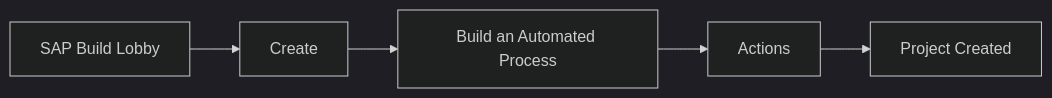
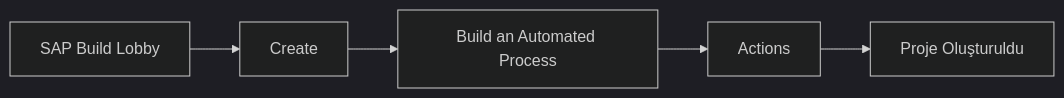
The third of 7 diagrams in Technical Tutorials/BTP/TR/chapters/09-first-joule-skill.md (beyhanmeyrali/sap-all), drawn with Mermaid (dark theme) before and after one commit. The commit also changed other lines of this file and 11 other files, not shown here.

````diff
--- a/Technical Tutorials/BTP/TR/chapters/09-first-joule-skill.md
+++ b/Technical Tutorials/BTP/TR/chapters/09-first-joule-skill.md
@@ -145,7 +145,7 @@
 ```mermaid
 flowchart LR
     A[SAP Build Lobby] --> B[Create]
     B --> C[Build an Automated Process]
     C --> D[Actions]
-    D --> E[Project Created]
+    D --> E[Proje Oluşturuldu]
 ```
````
